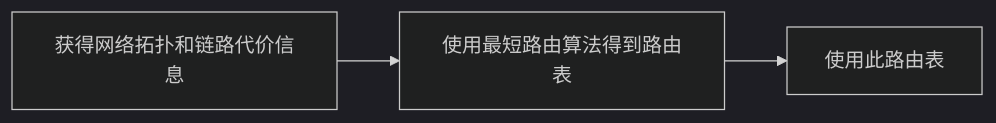
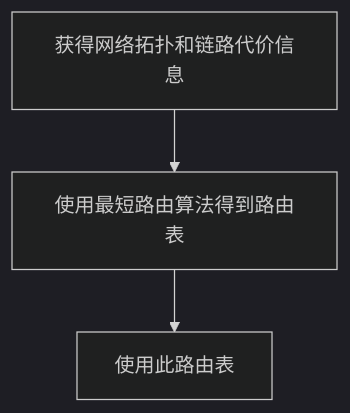
Before and after one commit to chestNutLsj/my-cs-career: the first of 2 diagrams in 1-Theory/6-Network/Top-to-down/50-Network-layer-control-plane.md, drawn with Mermaid (dark theme). The commit also changed other lines of this file and 4 other files, not shown here.

````diff
--- a/1-Theory/6-Network/Top-to-down/50-Network-layer-control-plane.md
+++ b/1-Theory/6-Network/Top-to-down/50-Network-layer-control-plane.md
@@ -77,10 +104,10 @@
 ```mermaid
-graph LR
+graph TD
 
 A[获得网络拓扑和链路代价信息]
 B[使用最短路由算法得到路由表]
 C[使用此路由表]
 
 A-->B
 B-->C
 ```
````
